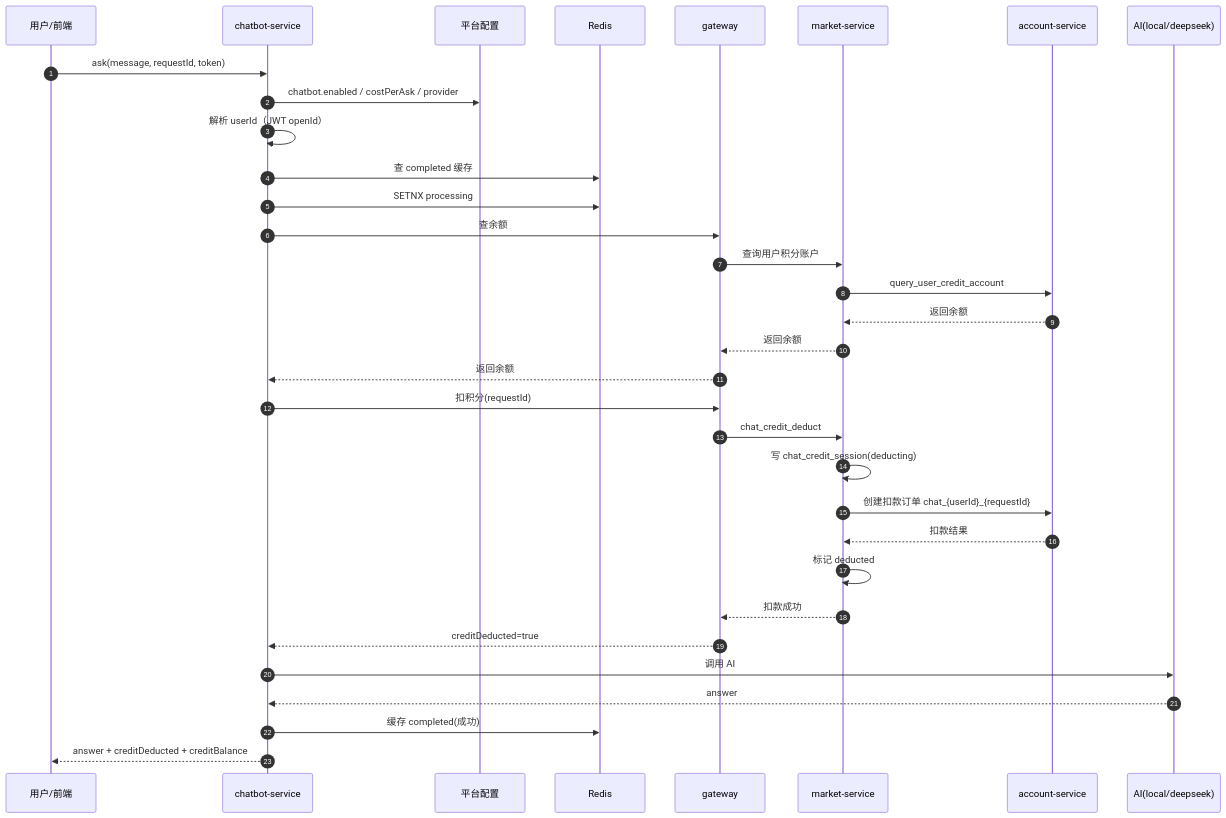
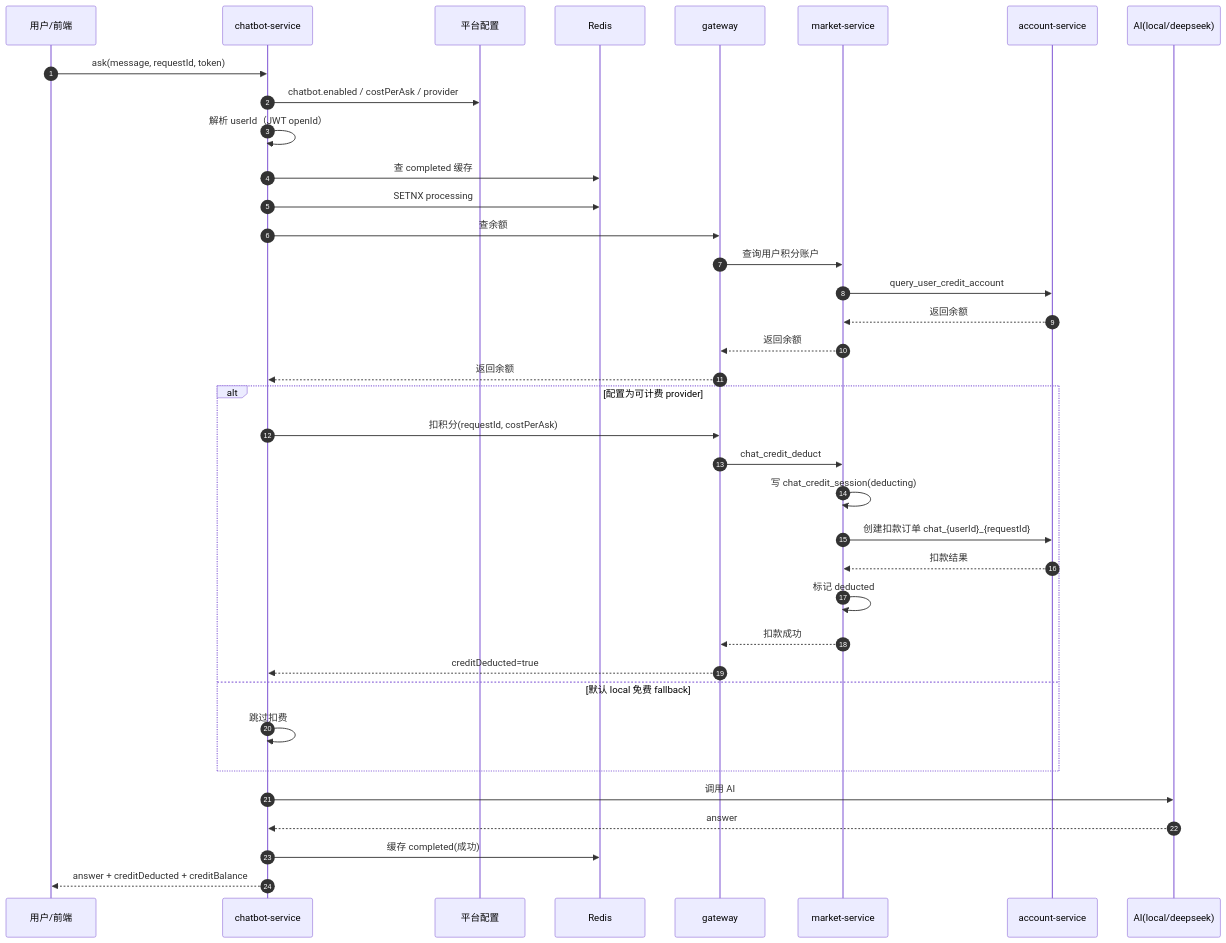
One commit to dyxnb22/Note changed the sixth of 6 diagrams in Projects/BigMarket/微服务.md. Above: the diagram before and after it, drawn with Mermaid. The commit also changed other lines of this file and 76 other files, not shown here.

````diff
--- a/Projects/BigMarket/微服务.md
+++ b/Projects/BigMarket/微服务.md
@@ -567,39 +578,43 @@
 ```mermaid
 sequenceDiagram
   autonumber
   participant U as 用户/前端
   participant CB as chatbot-service
   participant CFG as 平台配置
   participant R as Redis
   participant GW as gateway
   participant M as market-service
   participant A as account-service
   participant AI as AI(local/deepseek)
 
   U->>CB: ask(message, requestId, token)
   CB->>CFG: chatbot.enabled / costPerAsk / provider
   CB->>CB: 解析 userId（JWT openId）
   CB->>R: 查 completed 缓存
   CB->>R: SETNX processing
   CB->>GW: 查余额
   GW->>M: 查询用户积分账户
   M->>A: query_user_credit_account
   A-->>M: 返回余额
   M-->>GW: 返回余额
   GW-->>CB: 返回余额
 
-  CB->>GW: 扣积分(requestId)
-  GW->>M: chat_credit_deduct
-  M->>M: 写 chat_credit_session(deducting)
-  M->>A: 创建扣款订单 chat_{userId}_{requestId}
-  A-->>M: 扣款结果
-  M->>M: 标记 deducted
-  M-->>GW: 扣款成功
-  GW-->>CB: creditDeducted=true
+  alt 配置为可计费 provider
+    CB->>GW: 扣积分(requestId, costPerAsk)
+    GW->>M: chat_credit_deduct
+    M->>M: 写 chat_credit_session(deducting)
+    M->>A: 创建扣款订单 chat_{userId}_{requestId}
+    A-->>M: 扣款结果
+    M->>M: 标记 deducted
+    M-->>GW: 扣款成功
+    GW-->>CB: creditDeducted=true
+  else 默认 local 免费 fallback
+    CB->>CB: 跳过扣费
+  end
 
   CB->>AI: 调用 AI
   AI-->>CB: answer
 
   CB->>R: 缓存 completed(成功)
   CB-->>U: answer + creditDeducted + creditBalance
 ```
````
